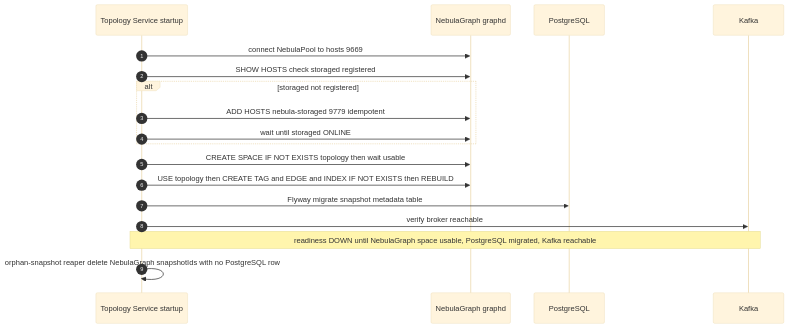
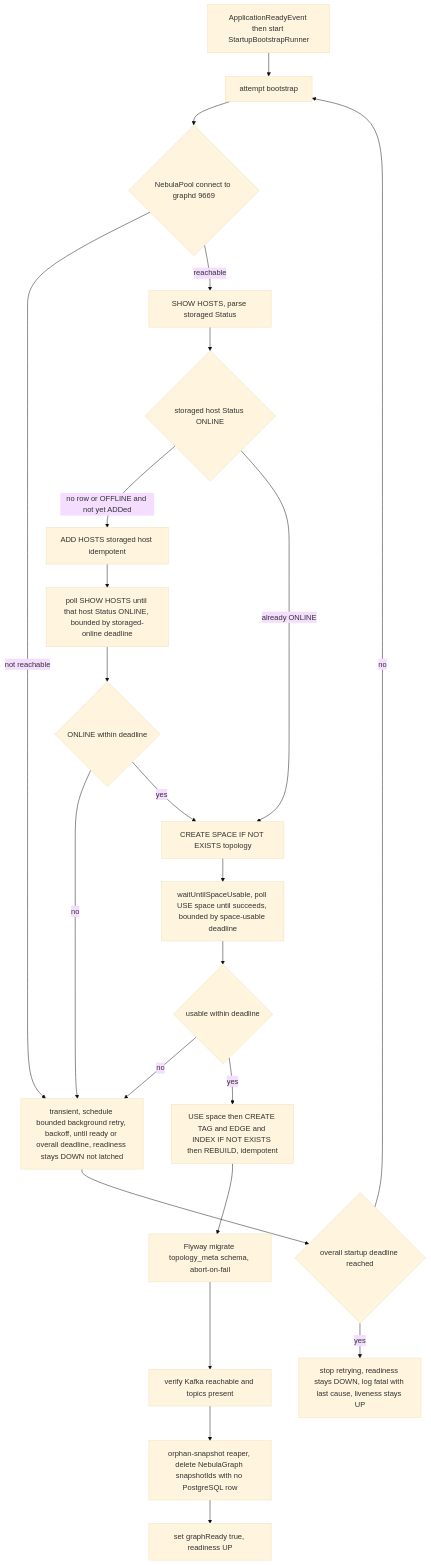
One commit to nikhilmohan/correlation-platform changed the ninth of 11 diagrams in services/topology/design.md. Above: the diagram before and after it, drawn with Mermaid (base theme). The commit also changed other lines of this file and 13 other files, not shown here.

First line of the commit message:
merge: topology → main (startup-robustness #210 + #207 standard) (#211)

````diff
--- a/services/topology/design.md
+++ b/services/topology/design.md
@@ -995,21 +1020,25 @@
 ```mermaid
-sequenceDiagram
-  autonumber
-  participant SVC as Topology Service startup
-  participant NEB as NebulaGraph graphd
-  participant PG as PostgreSQL
-  participant K as Kafka
-
-  SVC->>NEB: connect NebulaPool to hosts 9669
-  SVC->>NEB: SHOW HOSTS check storaged registered
-  alt storaged not registered
-    SVC->>NEB: ADD HOSTS nebula-storaged 9779 idempotent
-    SVC->>NEB: wait until storaged ONLINE
-  end
-  SVC->>NEB: CREATE SPACE IF NOT EXISTS topology then wait usable
-  SVC->>NEB: USE topology then CREATE TAG and EDGE and INDEX IF NOT EXISTS then REBUILD
-  SVC->>PG: Flyway migrate snapshot metadata table
-  SVC->>K: verify broker reachable
-  Note over SVC,K: readiness DOWN until NebulaGraph space usable, PostgreSQL migrated, Kafka reachable
-  SVC->>SVC: orphan-snapshot reaper delete NebulaGraph snapshotIds with no PostgreSQL row
+flowchart TD
+  A[ApplicationReadyEvent then start StartupBootstrapRunner] --> B[attempt bootstrap]
+  B --> C{NebulaPool connect to graphd 9669}
+  C -- not reachable --> RETRY[transient, schedule bounded background retry, backoff, until ready or overall deadline, readiness stays DOWN not latched]
+  C -- reachable --> D[SHOW HOSTS, parse storaged Status]
+  D --> E{storaged host Status ONLINE}
+  E -- no row or OFFLINE and not yet ADDed --> F[ADD HOSTS storaged host idempotent]
+  F --> G[poll SHOW HOSTS until that host Status ONLINE, bounded by storaged-online deadline]
+  E -- already ONLINE --> H[CREATE SPACE IF NOT EXISTS topology]
+  G --> I{ONLINE within deadline}
+  I -- no --> RETRY
+  I -- yes --> H
+  H --> J[waitUntilSpaceUsable, poll USE space until succeeds, bounded by space-usable deadline]
+  J --> K{usable within deadline}
+  K -- no --> RETRY
+  K -- yes --> L[USE space then CREATE TAG and EDGE and INDEX IF NOT EXISTS then REBUILD, idempotent]
+  L --> M[Flyway migrate topology_meta schema, abort-on-fail]
+  M --> N[verify Kafka reachable and topics present]
+  N --> O[orphan-snapshot reaper, delete NebulaGraph snapshotIds with no PostgreSQL row]
+  O --> P[set graphReady true, readiness UP]
+  RETRY --> Q{overall startup deadline reached}
+  Q -- no --> B
+  Q -- yes --> R[stop retrying, readiness stays DOWN, log fatal with last cause, liveness stays UP]
 ```
````
